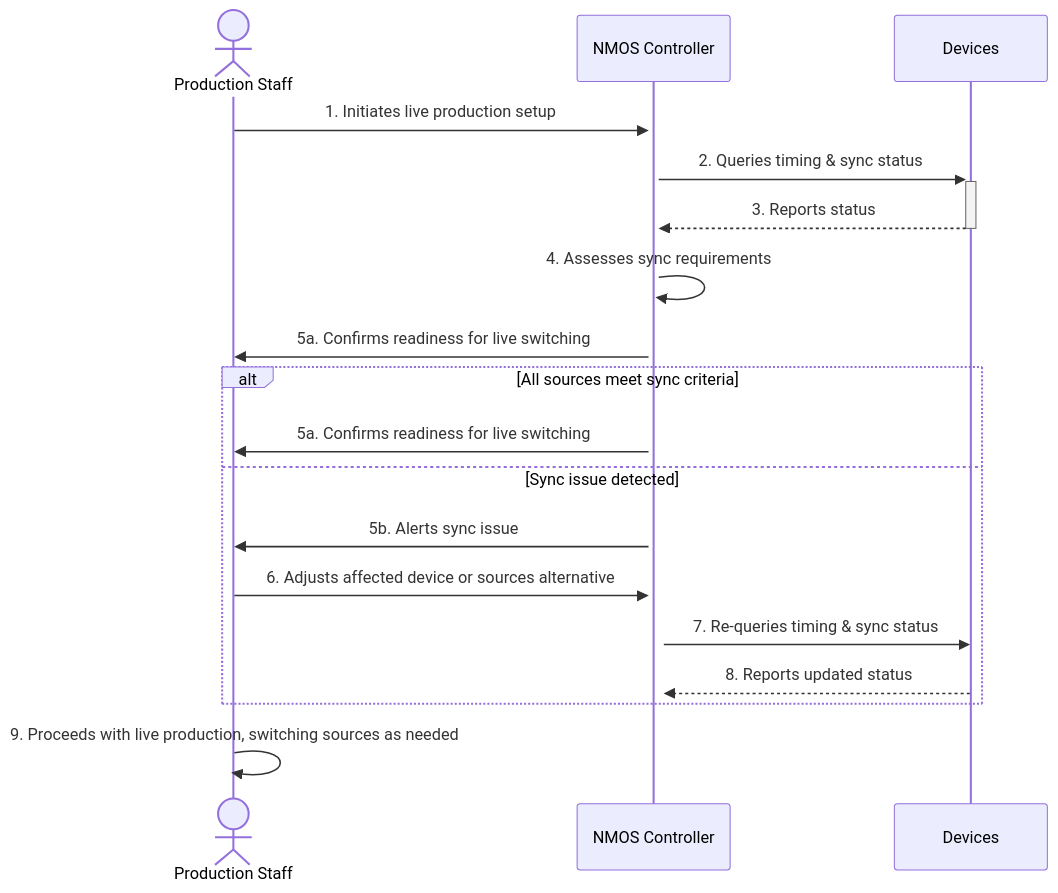
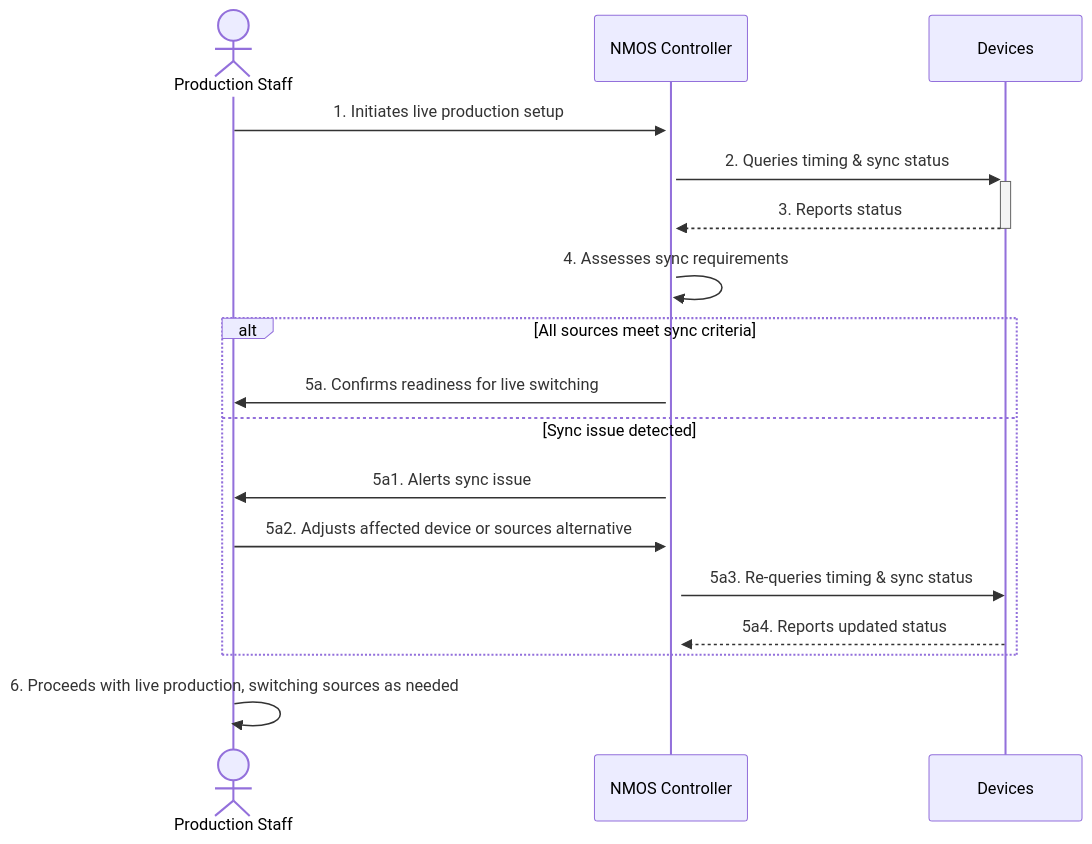
Before and after one commit to rbgodwin-nt/amwa-requirements-tracking: the diagram in IPMX/ProductionWorkflowEnhancement/Synchronization/UseCases/LiveProductionSwitching.md, drawn with Mermaid. The commit also changed other lines of this file, not shown here.

Commit message:
Update LiveProductionSwitching.md
Remove redundant alternative path for 3a

````diff
--- a/IPMX/ProductionWorkflowEnhancement/Synchronization/UseCases/LiveProductionSwitching.md
+++ b/IPMX/ProductionWorkflowEnhancement/Synchronization/UseCases/LiveProductionSwitching.md
@@ -58,21 +53,20 @@
 ```mermaid
 sequenceDiagram
     actor PS as Production Staff
     participant NC as NMOS Controller
     participant DS as Devices
  
     PS->>+NC: 1. Initiates live production setup
     NC->>+DS: 2. Queries timing & sync status
     DS-->>-NC: 3. Reports status
     NC->>NC: 4. Assesses sync requirements
-    NC->>PS: 5a. Confirms readiness for live switching
     alt All sources meet sync criteria
         NC->>PS: 5a. Confirms readiness for live switching
     else Sync issue detected
-        NC->>PS: 5b. Alerts sync issue
-        PS->>+NC: 6. Adjusts affected device or sources alternative
-        NC->>DS: 7. Re-queries timing & sync status
-     DS-->>NC: 8. Reports updated status
+        NC->>PS: 5a1. Alerts sync issue
+        PS->>+NC: 5a2. Adjusts affected device or sources alternative
+        NC->>DS: 5a3. Re-queries timing & sync status
+     DS-->>NC: 5a4. Reports updated status
     end
-   PS->>PS: 9. Proceeds with live production, switching sources as needed
+   PS->>PS: 6. Proceeds with live production, switching sources as needed
 ```
````
